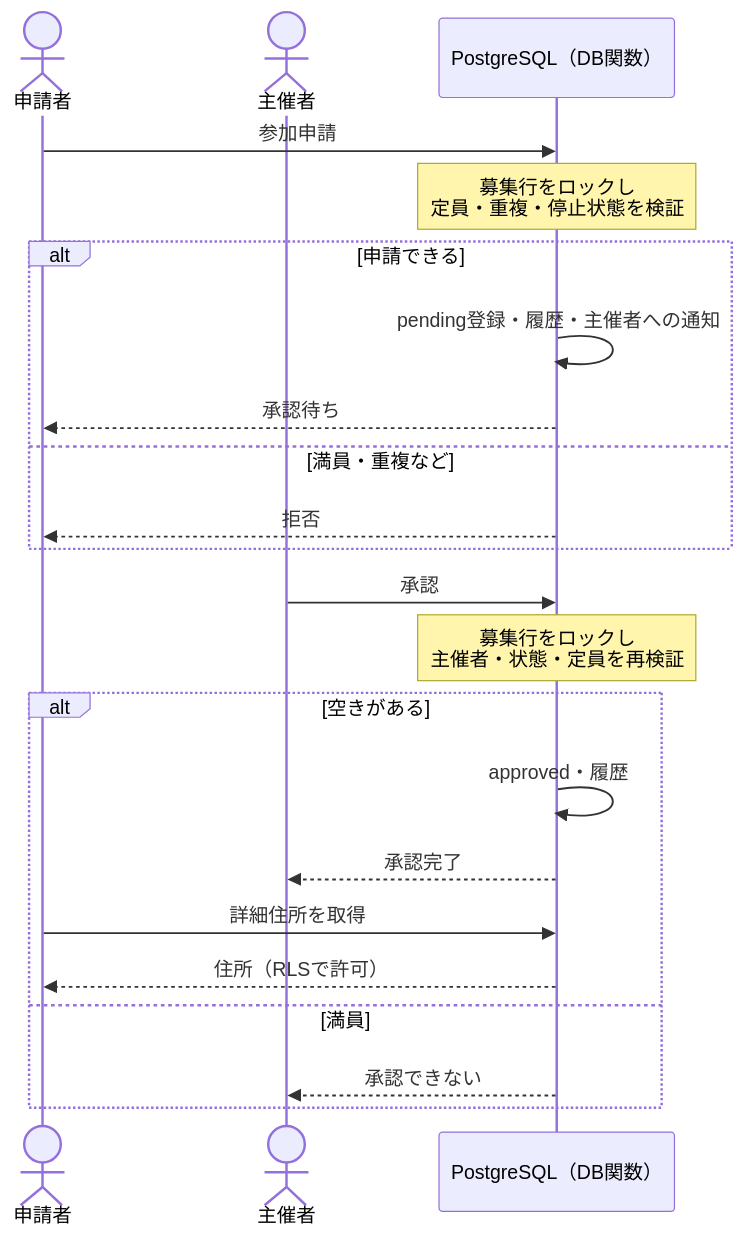
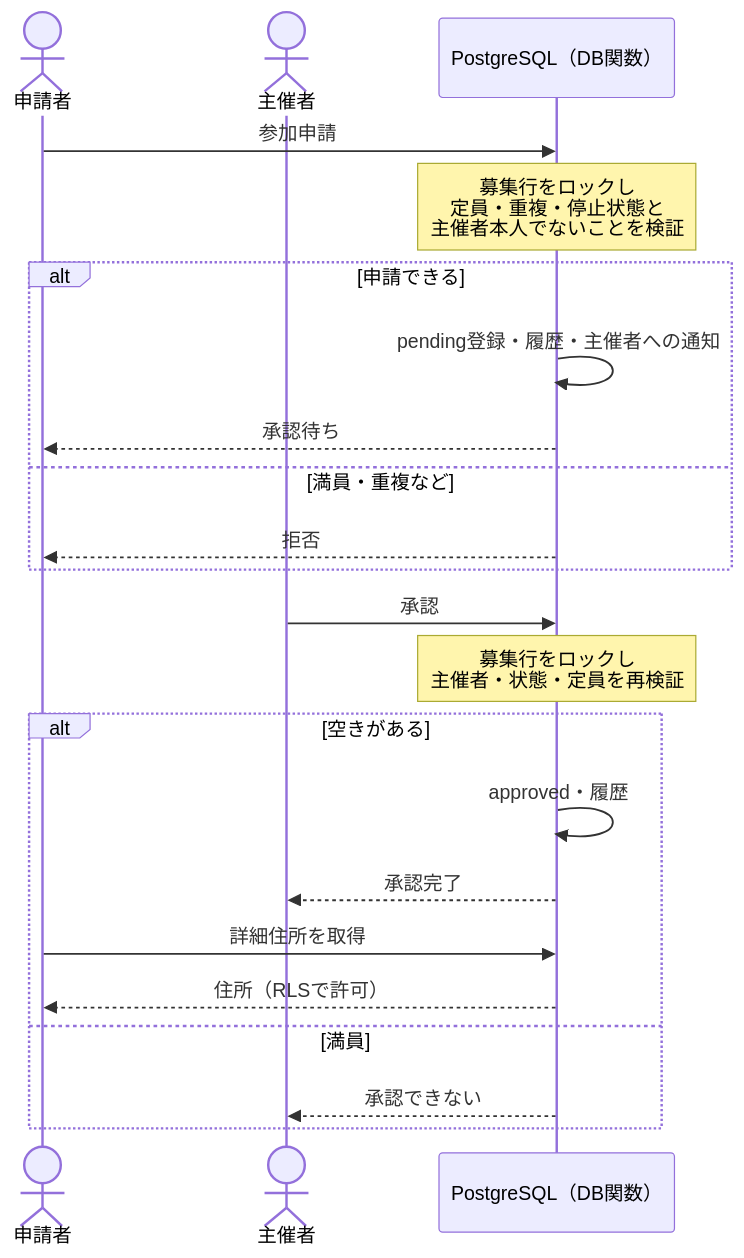
One commit to sysnovastudio-byte/nagoya-volleyball-matching changed the fourth of 8 diagrams in docs/07_システムアーキテクチャ.md. Above: the diagram before and after it, drawn with Mermaid. The commit also changed other lines of this file and 6 other files, not shown here.

````diff
--- a/docs/07_システムアーキテクチャ.md
+++ b/docs/07_システムアーキテクチャ.md
@@ -96,24 +96,24 @@
 ```mermaid
 sequenceDiagram
     actor P as 申請者
     actor H as 主催者
     participant D as PostgreSQL（DB関数）
     P->>D: 参加申請
-    Note over D: 募集行をロックし<br/>定員・重複・停止状態を検証
+    Note over D: 募集行をロックし<br/>定員・重複・停止状態と<br/>主催者本人でないことを検証
     alt 申請できる
         D->>D: pending登録・履歴・主催者への通知
         D-->>P: 承認待ち
     else 満員・重複など
         D-->>P: 拒否
     end
     H->>D: 承認
     Note over D: 募集行をロックし<br/>主催者・状態・定員を再検証
     alt 空きがある
         D->>D: approved・履歴
         D-->>H: 承認完了
         P->>D: 詳細住所を取得
         D-->>P: 住所（RLSで許可）
     else 満員
         D-->>H: 承認できない
     end
 ```
````
